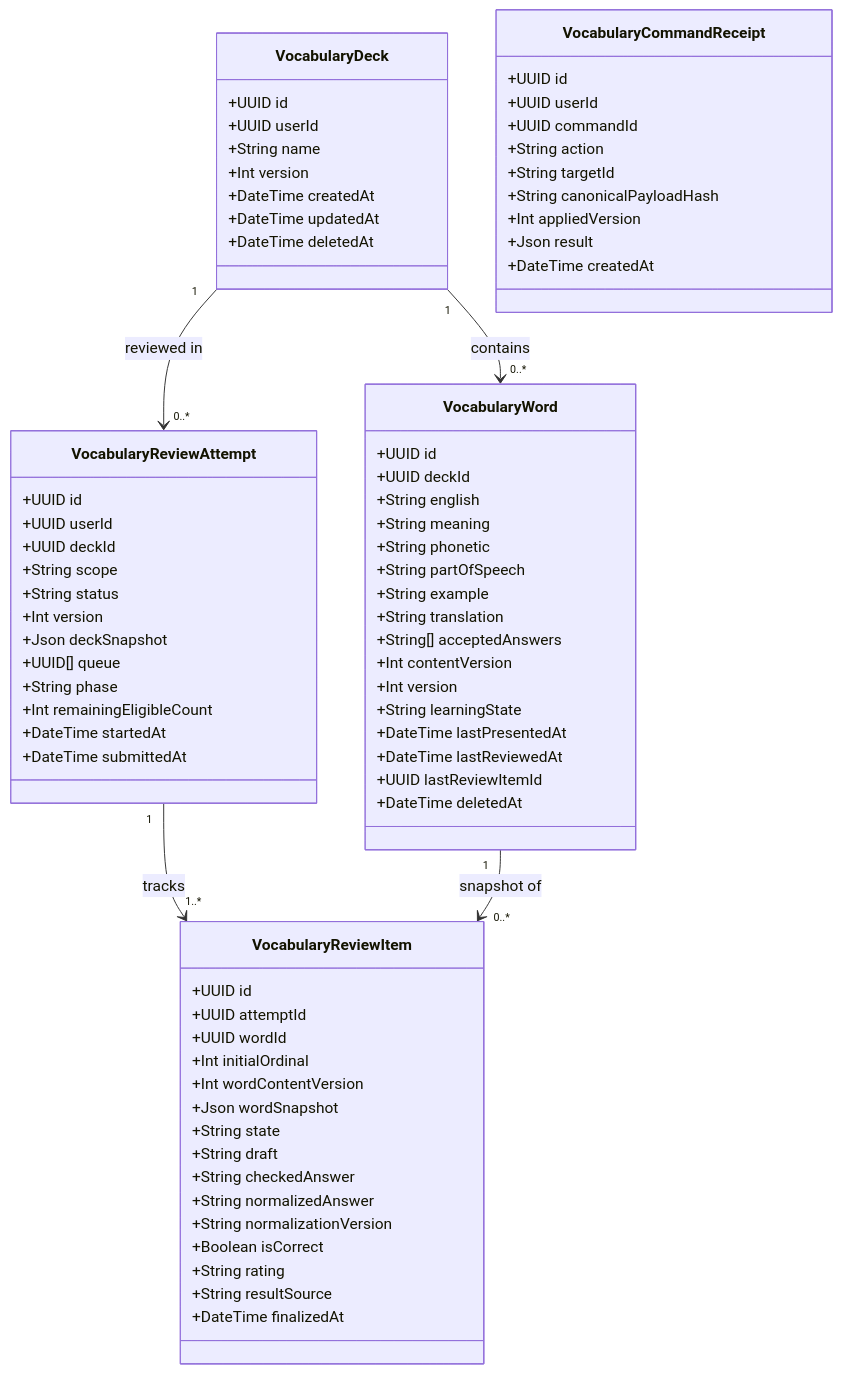
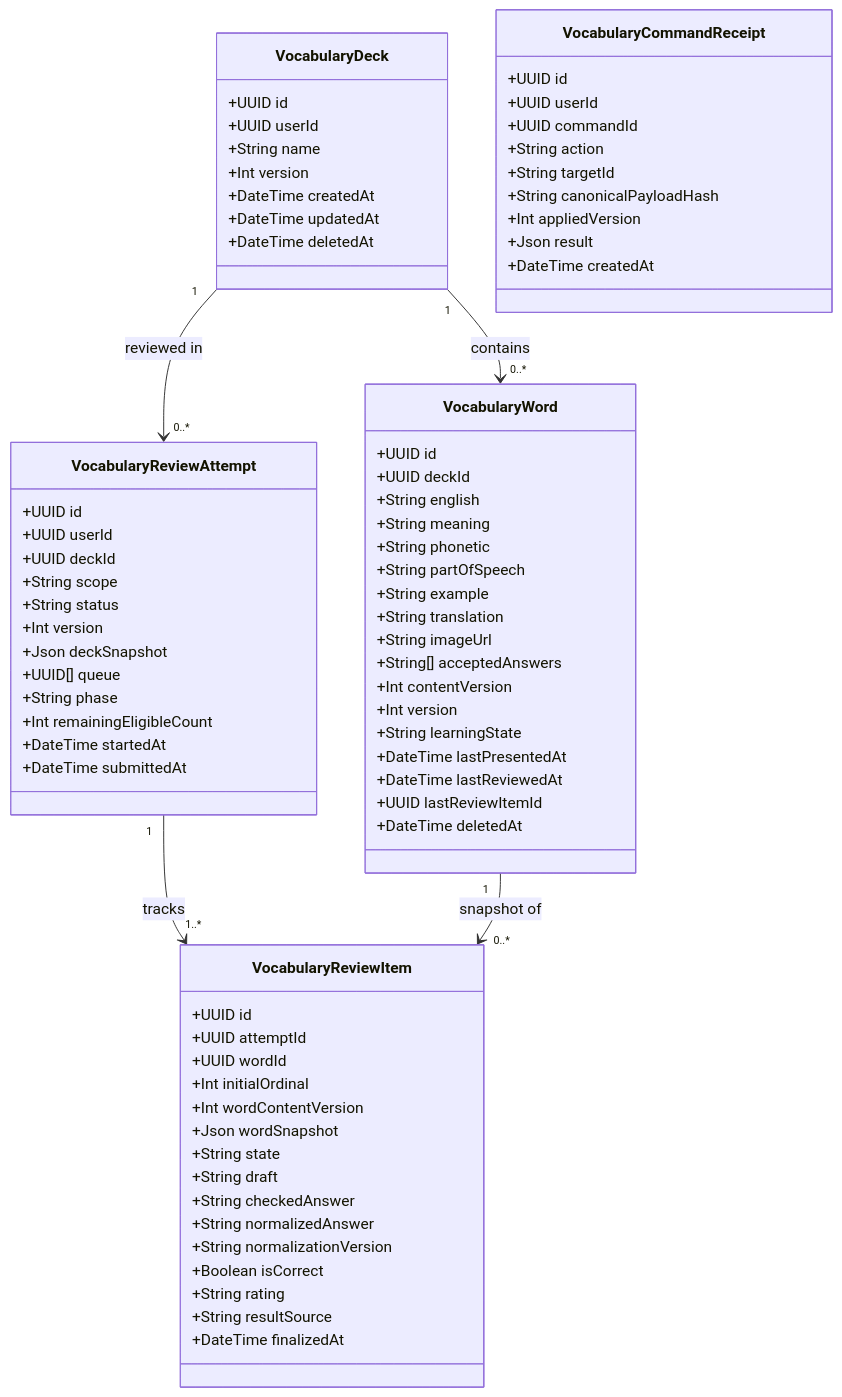
Before and after one commit to qdung030404/LingoRoad: the first of 2 diagrams in docs/spec/domain/06-spaced-repetition-fsrs.md, drawn with Mermaid. The commit also changed other lines of this file and 35 other files, not shown here.

````diff
--- a/docs/spec/domain/06-spaced-repetition-fsrs.md
+++ b/docs/spec/domain/06-spaced-repetition-fsrs.md
@@ -91,81 +103,82 @@
 ```mermaid
 classDiagram
     class VocabularyDeck {
         +UUID id
         +UUID userId
         +String name
         +Int version
         +DateTime createdAt
         +DateTime updatedAt
         +DateTime deletedAt
     }
 
     class VocabularyWord {
         +UUID id
         +UUID deckId
         +String english
         +String meaning
         +String phonetic
         +String partOfSpeech
         +String example
         +String translation
+        +String imageUrl
         +String[] acceptedAnswers
         +Int contentVersion
         +Int version
         +String learningState
         +DateTime lastPresentedAt
         +DateTime lastReviewedAt
         +UUID lastReviewItemId
         +DateTime deletedAt
     }
 
     class VocabularyReviewAttempt {
         +UUID id
         +UUID userId
         +UUID deckId
         +String scope
         +String status
         +Int version
         +Json deckSnapshot
         +UUID[] queue
         +String phase
         +Int remainingEligibleCount
         +DateTime startedAt
         +DateTime submittedAt
     }
 
     class VocabularyReviewItem {
         +UUID id
         +UUID attemptId
         +UUID wordId
         +Int initialOrdinal
         +Int wordContentVersion
         +Json wordSnapshot
         +String state
         +String draft
         +String checkedAnswer
         +String normalizedAnswer
         +String normalizationVersion
         +Boolean isCorrect
         +String rating
         +String resultSource
         +DateTime finalizedAt
     }
 
     class VocabularyCommandReceipt {
         +UUID id
         +UUID userId
         +UUID commandId
         +String action
         +String targetId
         +String canonicalPayloadHash
         +Int appliedVersion
         +Json result
         +DateTime createdAt
     }
 
     VocabularyDeck "1" --> "0..*" VocabularyWord : contains
     VocabularyDeck "1" --> "0..*" VocabularyReviewAttempt : reviewed in
     VocabularyReviewAttempt "1" --> "1..*" VocabularyReviewItem : tracks
     VocabularyWord "1" --> "0..*" VocabularyReviewItem : snapshot of
 ```
````
